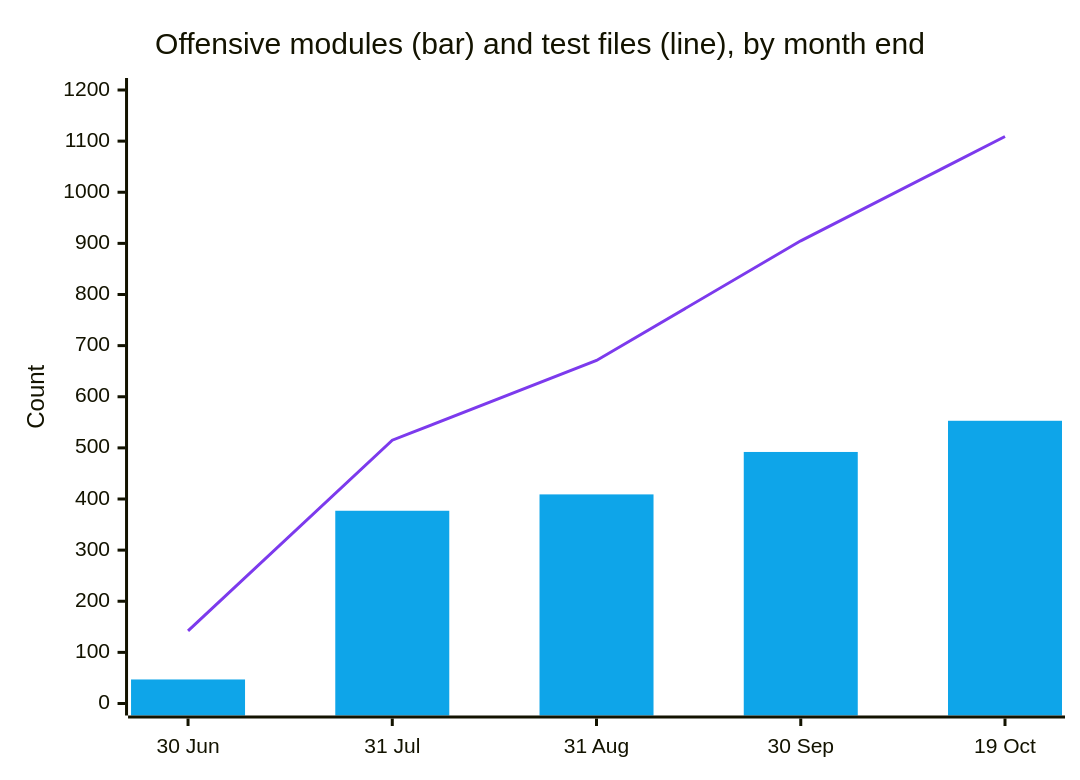
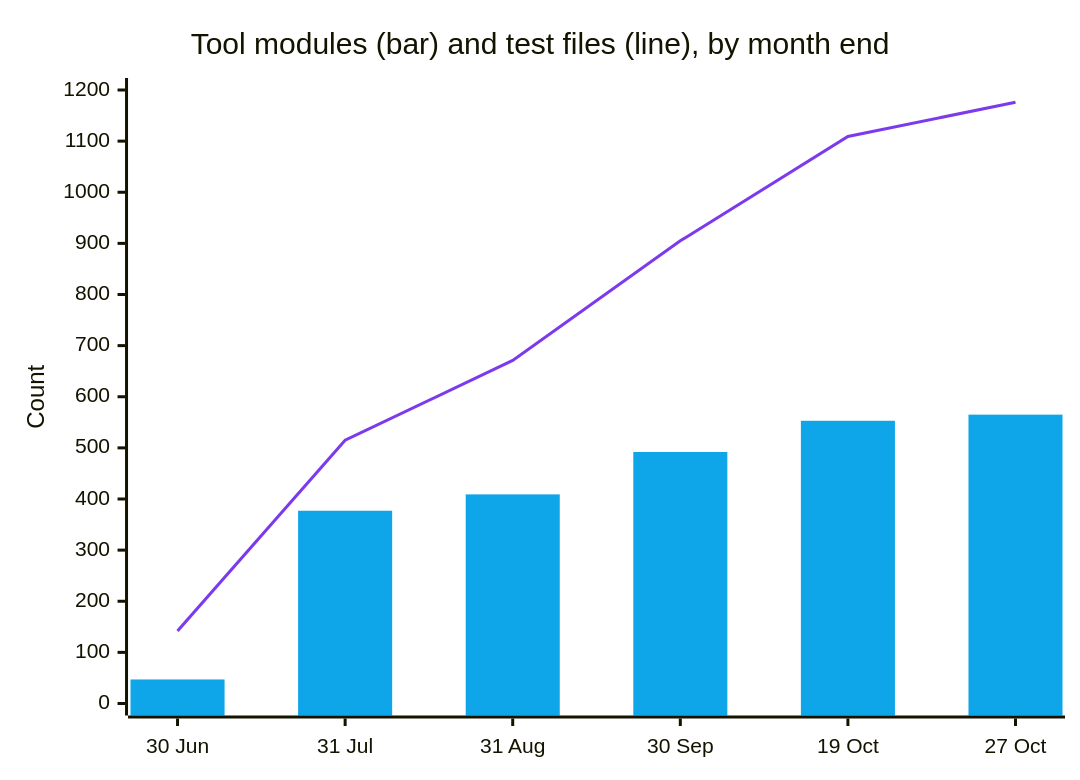
One commit to huzorobi/nullcadre-research changed the diagram in README.md. Above: the diagram before and after it, drawn with Mermaid. The commit also changed other lines of this file and 4 other files, not shown here.

````diff
--- a/README.md
+++ b/README.md
@@ -87,9 +107,9 @@
 ```mermaid
 %%{init: {"theme": "base", "themeVariables": {"xyChart": {"plotColorPalette": "#0ea5e9, #7c3aed"}}}}%%
 xychart-beta
-    title "Offensive modules (bar) and test files (line), by month end"
-    x-axis ["30 Jun", "31 Jul", "31 Aug", "30 Sep", "19 Oct"]
+    title "Tool modules (bar) and test files (line), by month end"
+    x-axis ["30 Jun", "31 Jul", "31 Aug", "30 Sep", "19 Oct", "27 Oct"]
     y-axis "Count" 0 --> 1200
-    bar [47, 377, 409, 492, 553]
-    line [142, 515, 671, 905, 1109]
+    bar [47, 377, 409, 492, 553, 565]
+    line [142, 515, 671, 905, 1109, 1176]
 ```
````
